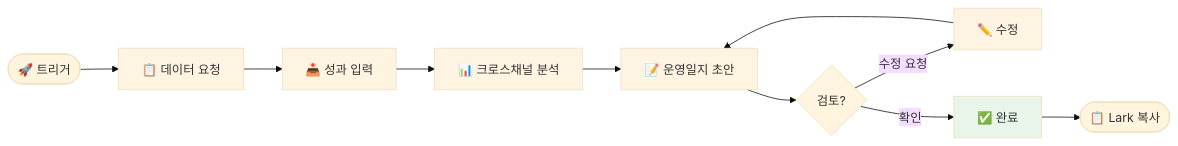
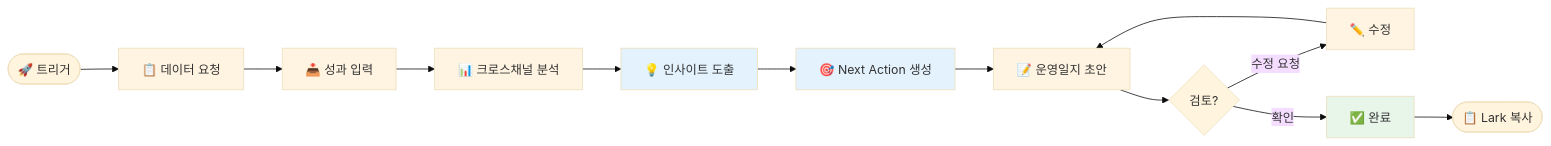
One commit to jinyuese614/my-first-skill changed the diagram in daily-ops-log/daily-ops-log-설계서.md. Above: the diagram before and after it, drawn with Mermaid (base theme). The commit also changed other lines of this file and 5 other files, not shown here.

````diff
--- a/daily-ops-log/daily-ops-log-설계서.md
+++ b/daily-ops-log/daily-ops-log-설계서.md
@@ -57,19 +68,23 @@
 ```mermaid
 flowchart LR
     Start([🚀 트리거]) --> Ask[📋 데이터 요청]
     Ask --> Input[📥 성과 입력]
     Input --> Analyze[📊 크로스채널 분석]
-    Analyze --> Draft[📝 운영일지 초안]
+    Analyze --> Insight[💡 인사이트 도출]
+    Insight --> Action[🎯 Next Action 생성]
+    Action --> Draft[📝 운영일지 초안]
     Draft --> Review{검토?}
     Review -->|수정 요청| Edit[✏️ 수정]
     Edit --> Draft
     Review -->|확인| Output[✅ 완료]
     Output --> End([📋 Lark 복사])
 
     style Ask fill:#fff4e1
     style Input fill:#fff4e1
     style Analyze fill:#fff4e1
+    style Insight fill:#e3f2fd
+    style Action fill:#e3f2fd
     style Draft fill:#fff4e1
     style Edit fill:#fff4e1
     style Output fill:#e8f5e9
 ```
````
